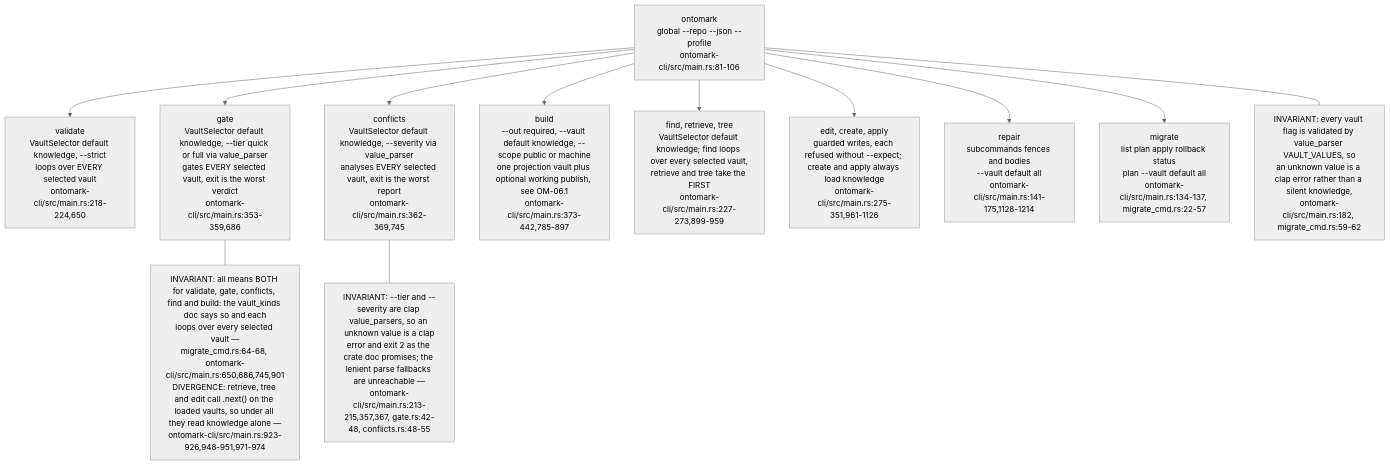
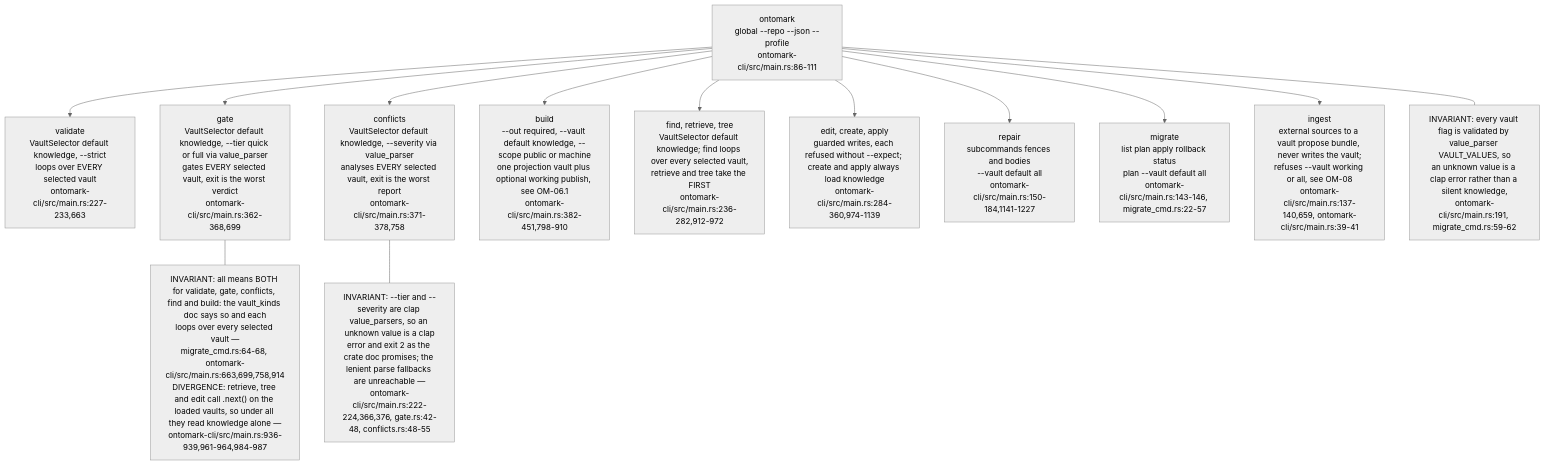
The first of 6 diagrams in docs/diagrams/ontomark/05-cli-commands-vault-selector-and-exit-codes.md (DreamLab-AI/VisionFlow), drawn with Mermaid (neutral theme) before and after one commit. The commit also changed other lines of this file and 91 other files, not shown here.

````diff
--- a/docs/diagrams/ontomark/05-cli-commands-vault-selector-and-exit-codes.md
+++ b/docs/diagrams/ontomark/05-cli-commands-vault-selector-and-exit-codes.md
@@ -34,26 +35,28 @@
 ```mermaid
 flowchart TD
-    CLI["ontomark<br/>global --repo --json --profile<br/>ontomark-cli/src/main.rs:81-106"]
-    VAL["validate<br/>VaultSelector default knowledge, --strict<br/>loops over EVERY selected vault<br/>ontomark-cli/src/main.rs:218-224,650"]
-    GATE["gate<br/>VaultSelector default knowledge, --tier quick or full via value_parser<br/>gates EVERY selected vault, exit is the worst verdict<br/>ontomark-cli/src/main.rs:353-359,686"]
-    CONF["conflicts<br/>VaultSelector default knowledge, --severity via value_parser<br/>analyses EVERY selected vault, exit is the worst report<br/>ontomark-cli/src/main.rs:362-369,745"]
-    BUILD["build<br/>--out required, --vault default knowledge, --scope public or machine<br/>one projection vault plus optional working publish, see OM-06.1<br/>ontomark-cli/src/main.rs:373-442,785-897"]
-    QRY["find, retrieve, tree<br/>VaultSelector default knowledge; find loops over every selected vault,<br/>retrieve and tree take the FIRST<br/>ontomark-cli/src/main.rs:227-273,899-959"]
-    WR["edit, create, apply<br/>guarded writes, each refused without --expect; create and apply always load knowledge<br/>ontomark-cli/src/main.rs:275-351,961-1126"]
-    REPAIR["repair<br/>subcommands fences and bodies<br/>--vault default all<br/>ontomark-cli/src/main.rs:141-175,1128-1214"]
-    MIG["migrate<br/>list plan apply rollback status<br/>plan --vault default all<br/>ontomark-cli/src/main.rs:134-137, migrate_cmd.rs:22-57"]
+    CLI["ontomark<br/>global --repo --json --profile<br/>ontomark-cli/src/main.rs:86-111"]
+    VAL["validate<br/>VaultSelector default knowledge, --strict<br/>loops over EVERY selected vault<br/>ontomark-cli/src/main.rs:227-233,663"]
+    GATE["gate<br/>VaultSelector default knowledge, --tier quick or full via value_parser<br/>gates EVERY selected vault, exit is the worst verdict<br/>ontomark-cli/src/main.rs:362-368,699"]
+    CONF["conflicts<br/>VaultSelector default knowledge, --severity via value_parser<br/>analyses EVERY selected vault, exit is the worst report<br/>ontomark-cli/src/main.rs:371-378,758"]
+    BUILD["build<br/>--out required, --vault default knowledge, --scope public or machine<br/>one projection vault plus optional working publish, see OM-06.1<br/>ontomark-cli/src/main.rs:382-451,798-910"]
+    QRY["find, retrieve, tree<br/>VaultSelector default knowledge; find loops over every selected vault,<br/>retrieve and tree take the FIRST<br/>ontomark-cli/src/main.rs:236-282,912-972"]
+    WR["edit, create, apply<br/>guarded writes, each refused without --expect; create and apply always load knowledge<br/>ontomark-cli/src/main.rs:284-360,974-1139"]
+    REPAIR["repair<br/>subcommands fences and bodies<br/>--vault default all<br/>ontomark-cli/src/main.rs:150-184,1141-1227"]
+    MIG["migrate<br/>list plan apply rollback status<br/>plan --vault default all<br/>ontomark-cli/src/main.rs:143-146, migrate_cmd.rs:22-57"]
+    ING["ingest<br/>external sources to a vault propose bundle, never writes the vault;<br/>refuses --vault working or all, see OM-08<br/>ontomark-cli/src/main.rs:137-140,659, ontomark-cli/src/main.rs:39-41"]
     CLI --> VAL
     CLI --> GATE
     CLI --> CONF
     CLI --> BUILD
     CLI --> QRY
     CLI --> WR
     CLI --> REPAIR
     CLI --> MIG
-    n1["INVARIANT: every vault flag is validated by value_parser VAULT_VALUES, so<br/>an unknown value is a clap error rather than a silent knowledge,<br/>ontomark-cli/src/main.rs:182, migrate_cmd.rs:59-62"]
-    n2["INVARIANT: all means BOTH for validate, gate, conflicts, find and build: the vault_kinds doc says so and each<br/>loops over every selected vault —<br/>migrate_cmd.rs:64-68, ontomark-cli/src/main.rs:650,686,745,901<br/>DIVERGENCE: retrieve, tree and edit call .next() on the loaded vaults, so under all they read knowledge alone —<br/>ontomark-cli/src/main.rs:923-926,948-951,971-974"]
-    n3["INVARIANT: --tier and --severity are clap value_parsers, so an unknown value is a clap<br/>error and exit 2 as the crate doc promises; the lenient parse fallbacks are unreachable —<br/>ontomark-cli/src/main.rs:213-215,357,367, gate.rs:42-48, conflicts.rs:48-55"]
+    CLI --> ING
+    n1["INVARIANT: every vault flag is validated by value_parser VAULT_VALUES, so<br/>an unknown value is a clap error rather than a silent knowledge,<br/>ontomark-cli/src/main.rs:191, migrate_cmd.rs:59-62"]
+    n2["INVARIANT: all means BOTH for validate, gate, conflicts, find and build: the vault_kinds doc says so and each<br/>loops over every selected vault —<br/>migrate_cmd.rs:64-68, ontomark-cli/src/main.rs:663,699,758,914<br/>DIVERGENCE: retrieve, tree and edit call .next() on the loaded vaults, so under all they read knowledge alone —<br/>ontomark-cli/src/main.rs:936-939,961-964,984-987"]
+    n3["INVARIANT: --tier and --severity are clap value_parsers, so an unknown value is a clap<br/>error and exit 2 as the crate doc promises; the lenient parse fallbacks are unreachable —<br/>ontomark-cli/src/main.rs:222-224,366,376, gate.rs:42-48, conflicts.rs:48-55"]
     GATE --- n2
     CONF --- n3
     CLI --- n1
 ```
````
